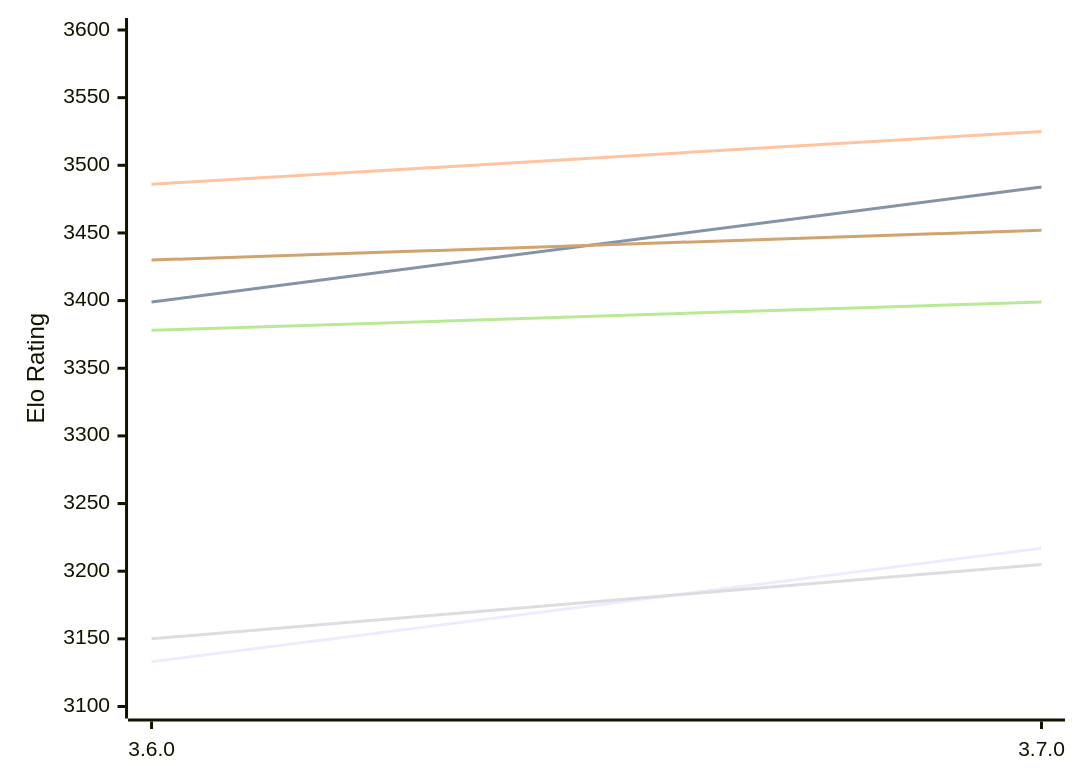
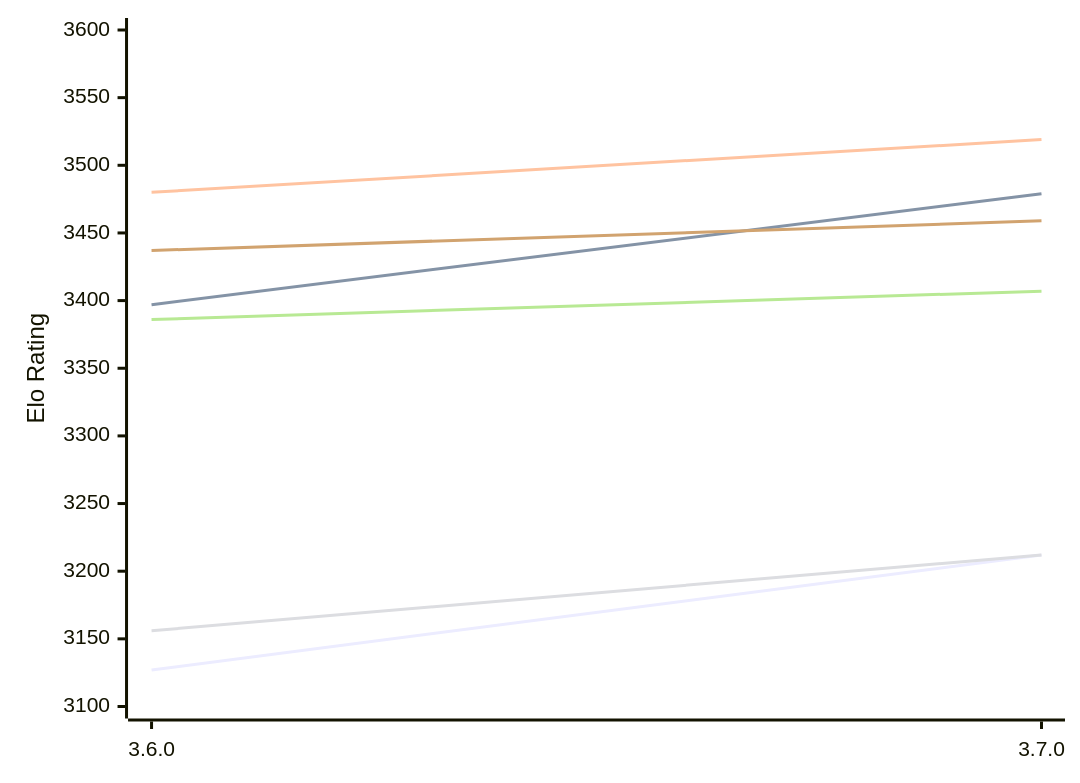
Before and after one commit to computer-chess-index/cci: the diagram in engines/Simplechess.md, drawn with Mermaid. The commit also changed other lines of this file, not shown here.

Commit message:
Update CCI Ratings (ELO VLTC) - 2026-11-18

````diff
--- a/engines/Simplechess.md
+++ b/engines/Simplechess.md
@@ -49,12 +49,12 @@
 ```mermaid
 %%{init: {"theme":"base","themeVariables":{"seriesColors:['#a3a3a3','#222221','#faa371']}}}%%
 xychart-beta
   x-axis ["3.6.0", "3.7.0"]
   y-axis "Elo Rating" 3100 --> 3600
-  line "E1: STC (8.0+0.08s)" [3133, 3217]
-  line "E1: LTC (60.0+0.60s)" [3399, 3484]
-  line "E1: VLTC (2m24s+1.12s)" [3486, 3525]
-  line "P1: STC (8.0+0.08s)" [3150, 3205]
-  line "P1: LTC (60.0+0.60s)" [3378, 3399]
-  line "P1: VLTC (2m24s+1.12s)" [3430, 3452]
+  line "E1: STC (8.0+0.08s)" [3127, 3212]
+  line "E1: LTC (60.0+0.60s)" [3397, 3479]
+  line "E1: VLTC (2m24s+1.12s)" [3480, 3519]
+  line "P1: STC (8.0+0.08s)" [3156, 3212]
+  line "P1: LTC (60.0+0.60s)" [3386, 3407]
+  line "P1: VLTC (2m24s+1.12s)" [3437, 3459]
 ```
````
